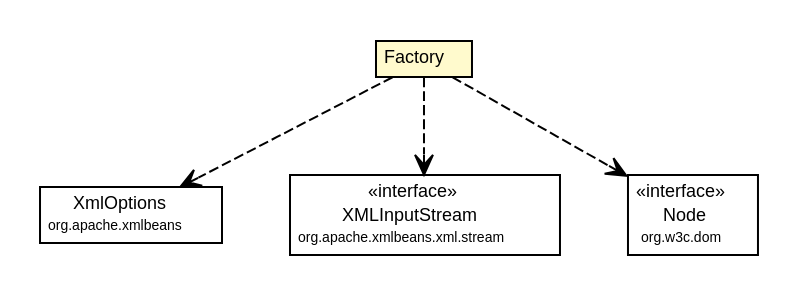
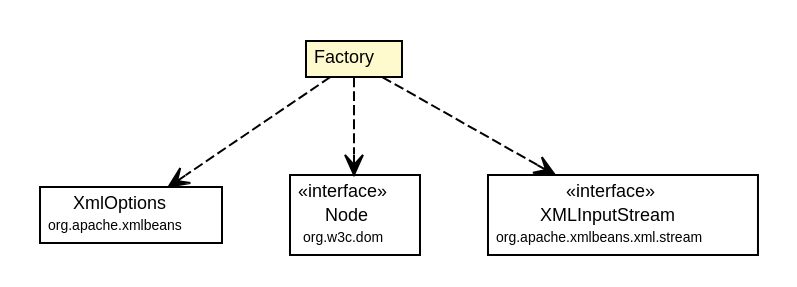
One commit to synchronoss/cpo-api changed the diagram in site/apidocs/org/synchronoss/cpo/core/cpoCoreMeta/CtArgument.Factory.dot. Above: the diagram before and after it, drawn with Graphviz. The commit also changed 1206 other files, not shown here.

```diff
--- a/site/apidocs/org/synchronoss/cpo/core/cpoCoreMeta/CtArgument.Factory.dot
+++ b/site/apidocs/org/synchronoss/cpo/core/cpoCoreMeta/CtArgument.Factory.dot
@@ -1,45 +1,45 @@
 #!/usr/local/bin/dot
 #
 # Class diagram 
 # Generated by UmlGraph version 4.6 (http://www.spinellis.gr/sw/umlgraph)
 #
 
 digraph G {
 	edge [fontname="Helvetica",fontsize=10,labelfontname="Helvetica",labelfontsize=10];
 	node [fontname="Helvetica",fontsize=10,shape=plaintext];
 	// org.synchronoss.cpo.core.cpoCoreMeta.CtArgument.Factory
 	c25499 [label=<<table border="0" cellborder="1" cellspacing="0" cellpadding="2" port="p" bgcolor="lemonChiffon" href="./CtArgument.Factory.html">
 		<tr><td><table border="0" cellspacing="0" cellpadding="1">
 			<tr><td> Factory </td></tr>
 		</table></td></tr>
 		</table>>, fontname="Helvetica", fontcolor="black", fontsize=9.0];
 	// org.synchronoss.cpo.core.cpoCoreMeta.CtArgument.Factory DEPEND org.apache.xmlbeans.XmlOptions
 	c25499:p -> c25632:p [taillabel="", label="", headlabel="", fontname="Helvetica", fontcolor="black", fontsize=10.0, color="black", arrowhead=open, style=dashed];
+	// org.synchronoss.cpo.core.cpoCoreMeta.CtArgument.Factory DEPEND org.w3c.dom.Node
+	c25499:p -> c25633:p [taillabel="", label="", headlabel="", fontname="Helvetica", fontcolor="black", fontsize=10.0, color="black", arrowhead=open, style=dashed];
 	// org.synchronoss.cpo.core.cpoCoreMeta.CtArgument.Factory DEPEND org.apache.xmlbeans.xml.stream.XMLInputStream
-	c25499:p -> c25633:p [taillabel="", label="", headlabel="", fontname="Helvetica", fontcolor="black", fontsize=10.0, color="black", arrowhead=open, style=dashed];
-	// org.synchronoss.cpo.core.cpoCoreMeta.CtArgument.Factory DEPEND org.w3c.dom.Node
 	c25499:p -> c25634:p [taillabel="", label="", headlabel="", fontname="Helvetica", fontcolor="black", fontsize=10.0, color="black", arrowhead=open, style=dashed];
 	// org.apache.xmlbeans.xml.stream.XMLInputStream
-	c25633 [label=<<table border="0" cellborder="1" cellspacing="0" cellpadding="2" port="p" href="http://java.sun.com/j2se/1.4.2/docs/api/org/apache/xmlbeans/xml/stream/XMLInputStream.html">
+	c25634 [label=<<table border="0" cellborder="1" cellspacing="0" cellpadding="2" port="p" href="http://java.sun.com/j2se/1.4.2/docs/api/org/apache/xmlbeans/xml/stream/XMLInputStream.html">
 		<tr><td><table border="0" cellspacing="0" cellpadding="1">
 			<tr><td> &laquo;interface&raquo; </td></tr>
 			<tr><td> XMLInputStream </td></tr>
 			<tr><td><font point-size="7.0"> org.apache.xmlbeans.xml.stream </font></td></tr>
 		</table></td></tr>
 		</table>>, fontname="Helvetica", fontcolor="black", fontsize=9.0];
 	// org.apache.xmlbeans.XmlOptions
 	c25632 [label=<<table border="0" cellborder="1" cellspacing="0" cellpadding="2" port="p" href="http://java.sun.com/j2se/1.4.2/docs/api/org/apache/xmlbeans/XmlOptions.html">
 		<tr><td><table border="0" cellspacing="0" cellpadding="1">
 			<tr><td> XmlOptions </td></tr>
 			<tr><td><font point-size="7.0"> org.apache.xmlbeans </font></td></tr>
 		</table></td></tr>
 		</table>>, fontname="Helvetica", fontcolor="black", fontsize=9.0];
 	// org.w3c.dom.Node
-	c25634 [label=<<table border="0" cellborder="1" cellspacing="0" cellpadding="2" port="p" href="http://java.sun.com/j2se/1.4.2/docs/api/org/w3c/dom/Node.html">
+	c25633 [label=<<table border="0" cellborder="1" cellspacing="0" cellpadding="2" port="p" href="http://java.sun.com/j2se/1.4.2/docs/api/org/w3c/dom/Node.html">
 		<tr><td><table border="0" cellspacing="0" cellpadding="1">
 			<tr><td> &laquo;interface&raquo; </td></tr>
 			<tr><td> Node </td></tr>
 			<tr><td><font point-size="7.0"> org.w3c.dom </font></td></tr>
 		</table></td></tr>
 		</table>>, fontname="Helvetica", fontcolor="black", fontsize=9.0];
 }
```
